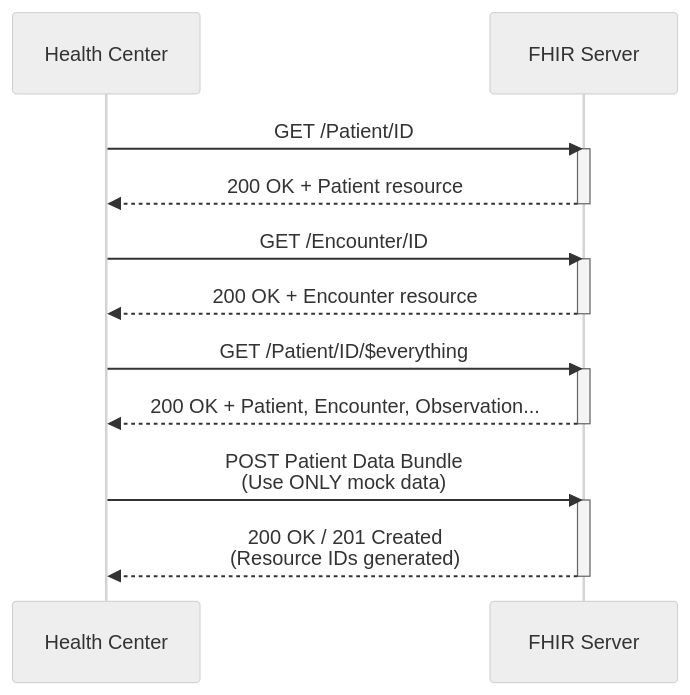
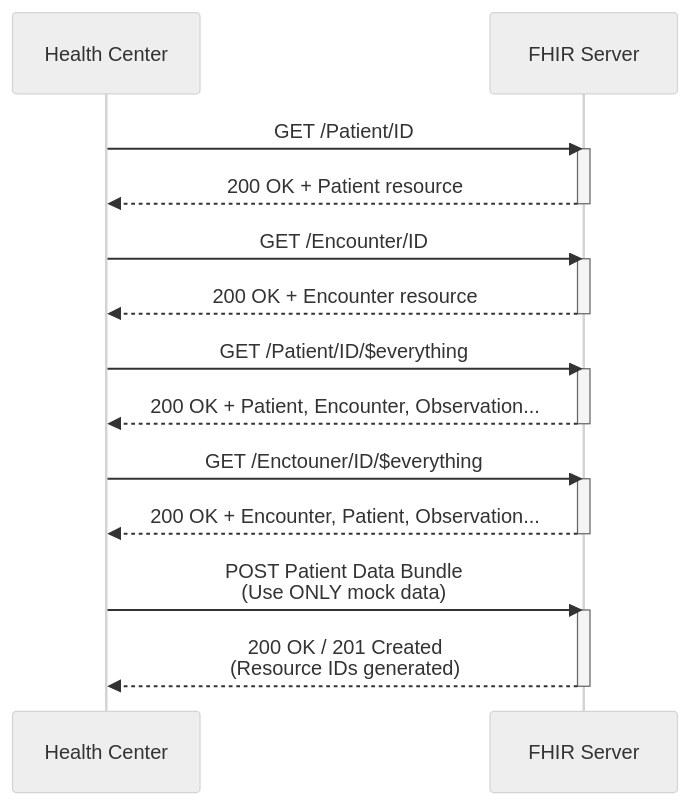
The diagram in use-case-5.md (UPM-NTHC/PH-RSNovember2025Connectathon), drawn with Mermaid (neutral theme) before and after one commit. The commit also changed other lines of this file and 2 other files, not shown here.

Commit message:
Content of use cases updated

````diff
--- a/use-case-5.md
+++ b/use-case-5.md
@@ -50,22 +51,27 @@
 ```mermaid
 sequenceDiagram
     Health Center->>FHIR Server: GET /Patient/ID
     activate FHIR Server
     FHIR Server-->>Health Center: 200 OK + Patient resource
     deactivate FHIR Server
 
     Health Center->>FHIR Server: GET /Encounter/ID
     activate FHIR Server
     FHIR Server-->>Health Center: 200 OK + Encounter resource
     deactivate FHIR Server
 
     Health Center->>FHIR Server: GET /Patient/ID/$everything
     activate FHIR Server
     FHIR Server-->>Health Center: 200 OK + Patient, Encounter, Observation...
     deactivate FHIR Server
 
+    Health Center->>FHIR Server: GET /Enctouner/ID/$everything
+    activate FHIR Server
+    FHIR Server-->>Health Center: 200 OK + Encounter, Patient, Observation...
+    deactivate FHIR Server
+
     Health Center->>FHIR Server: POST Patient Data Bundle<br/>(Use ONLY mock data)
     activate FHIR Server
     FHIR Server-->>Health Center: 200 OK / 201 Created<br/>(Resource IDs generated)
     deactivate FHIR Server
 ```
````
